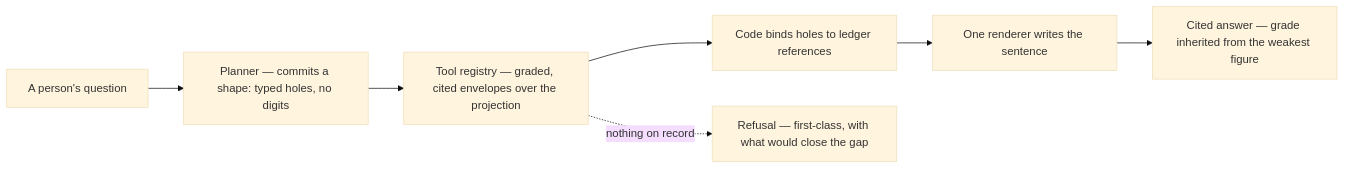
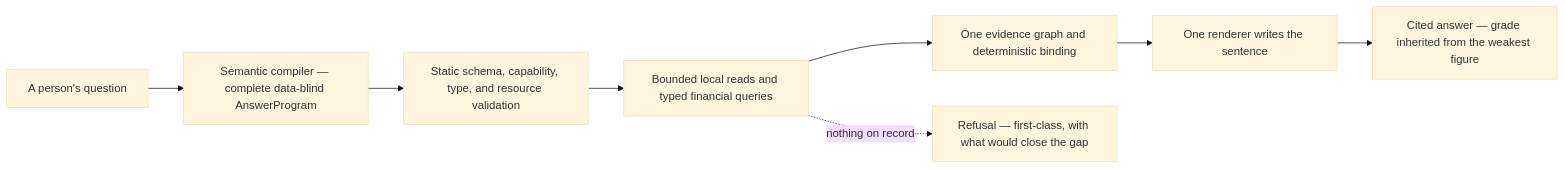
The second of 2 diagrams in docs/data-flow.md (vishnuyar/orionviva), drawn with Mermaid (base theme) before and after one commit. The commit also changed other lines of this file and 80 other files, not shown here.

First line of the commit message:
feat(answering): replace the planner loop with AnswerProgram

````diff
--- a/docs/data-flow.md
+++ b/docs/data-flow.md
@@ -125,9 +127,10 @@
 ```mermaid
 flowchart LR
-    q["A person's question"] --> planner["Planner — commits a shape: typed holes, no digits"]
-    planner --> tools["Tool registry — graded, cited envelopes over the projection"]
-    tools --> bind["Code binds holes to ledger references"]
+    q["A person's question"] --> compiler["Semantic compiler — complete data-blind AnswerProgram"]
+    compiler --> validate["Static schema, capability, type, and resource validation"]
+    validate --> tools["Bounded local reads and typed financial queries"]
+    tools --> bind["One evidence graph and deterministic binding"]
     bind --> render["One renderer writes the sentence"]
     render --> answer["Cited answer — grade inherited from the weakest figure"]
     tools -. "nothing on record" .-> refuse["Refusal — first-class, with what would close the gap"]
 ```
````
